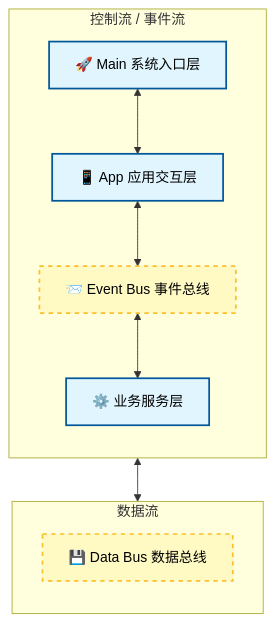
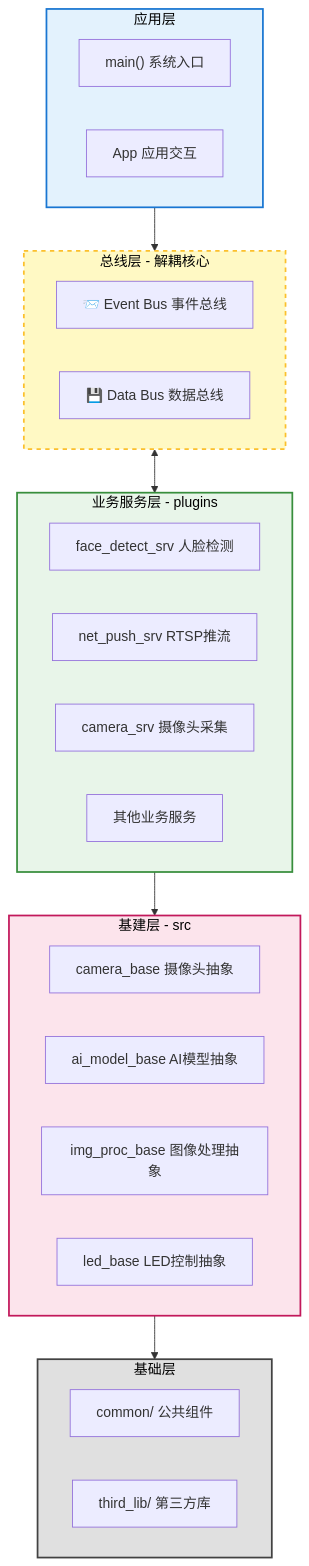
The first of 3 diagrams in docs/architecture.md (zhihong1469/plug-lens), drawn with Mermaid before and after one commit. The commit also changed other lines of this file and 574 other files, not shown here.

````diff
--- a/docs/architecture.md
+++ b/docs/architecture.md
@@ -3,30 +23,64 @@
 ```mermaid
 flowchart TD
-    %% 1. 定义样式
-    classDef layer fill:#e1f5fe,stroke:#01579b,stroke-width:2px,color:#000;
-    classDef bus fill:#fff9c4,stroke:#fbc02d,stroke-width:2px,color:#000,stroke-dasharray: 5 5;
+    %% 样式定义
+    classDef appLayer fill:#e3f2fd,stroke:#1976d2,stroke-width:2px,color:#000;
+    classDef busLayer fill:#fff9c4,stroke:#fbc02d,stroke-width:2px,color:#000,stroke-dasharray: 5 5;
+    classDef serviceLayer fill:#e8f5e9,stroke:#388e3c,stroke-width:2px,color:#000;
+    classDef infraLayer fill:#fce4ec,stroke:#c2185b,stroke-width:2px,color:#000;
+    classDef baseLayer fill:#e0e0e0,stroke:#424242,stroke-width:2px,color:#000;
 
-    %% 2. 定义节点
-    A["🚀 Main 系统入口层"]
-    B["📱 App 应用交互层"]
-    C["📨 Event Bus 事件总线"]
-    Z["⚙️ 业务服务层"]
-    D["💾 Data Bus 数据总线"]
+    %% 应用层 (Application Layer)
+    subgraph AppLayer [应用层]
+        direction LR
+        A1["main() 系统入口"]
+        A2["App 应用交互"]
+    end
+    
+    %% 总线层 (Bus Layer) - 核心解耦层
+    subgraph BusLayer [总线层 - 解耦核心]
+        direction LR
+        B1["📨 Event Bus 事件总线"]
+        B2["💾 Data Bus 数据总线"]
+    end
+    
+    %% 业务服务层 (Service Layer)
+    subgraph ServiceLayer [业务服务层 - plugins]
+        direction LR
+        S1["face_detect_srv 人脸检测"]
+        S2["net_push_srv RTSP推流"]
+        S3["camera_srv 摄像头采集"]
+        S4["其他业务服务"]
+    end
+    
+    %% 基建层 (Infrastructure Layer)
+    subgraph InfraLayer [基建层 - src]
+        direction LR
+        I1["camera_base 摄像头抽象"]
+        I2["ai_model_base AI模型抽象"]
+        I3["img_proc_base 图像处理抽象"]
+        I4["led_base LED控制抽象"]
+    end
+    
+    %% 基础层 (Foundation Layer)
+    subgraph BaseLayer [基础层]
+        direction LR
+        F1["common/ 公共组件"]
+        F2["third_lib/ 第三方库"]
+    end
+    
+    %% 连接关系：严格单向依赖
+    AppLayer --> BusLayer
+    BusLayer <--> ServiceLayer
+    ServiceLayer --> InfraLayer
+    InfraLayer --> BaseLayer
+    
+    %% 应用样式
+    class AppLayer appLayer;
+    class BusLayer busLayer;
+    class ServiceLayer serviceLayer;
+    class InfraLayer infraLayer;
+    class BaseLayer baseLayer;
+    
+    %% 标注解耦关系
 
-    %% 3. 定义子图（逻辑分组）
-    subgraph Control_Flow [控制流 / 事件流]
-        direction TB
-        A <--> B
-        B <--> C
-        C <--> Z
-    end
-
-    subgraph Data_Flow [数据流]
-        direction TB
-        Z <--> D
-    end
-
-    %% 4. 应用样式
-    class A,B,Z layer;
-    class C,D bus;
 ```
````
